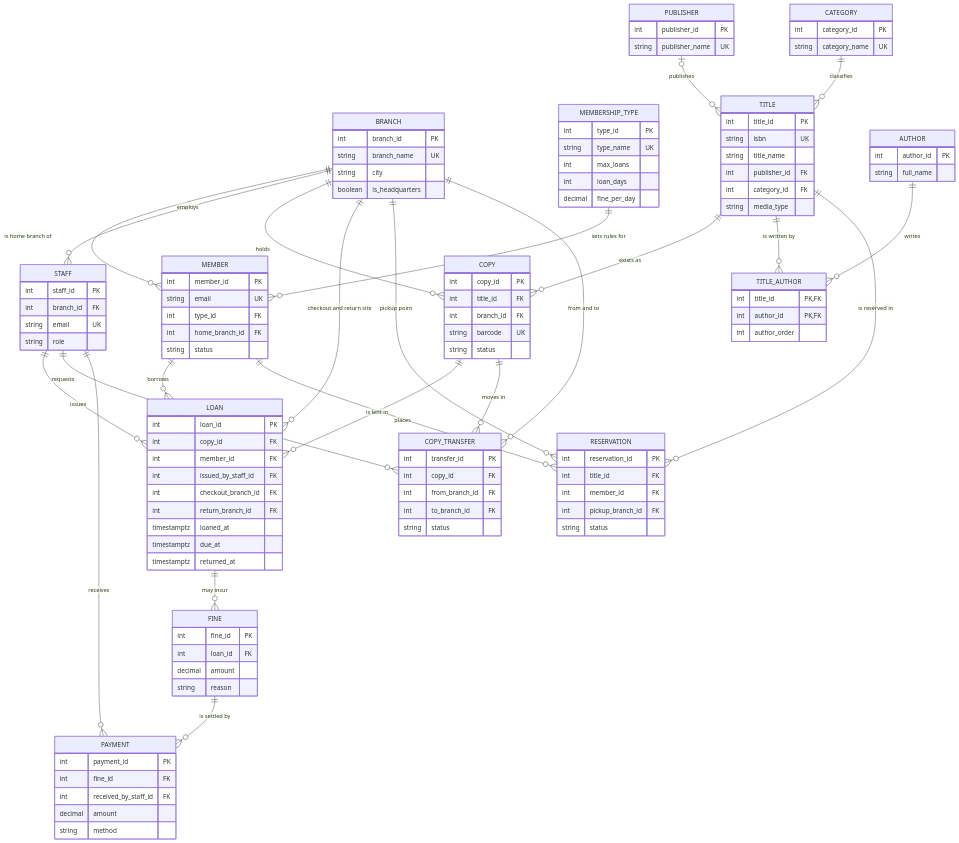
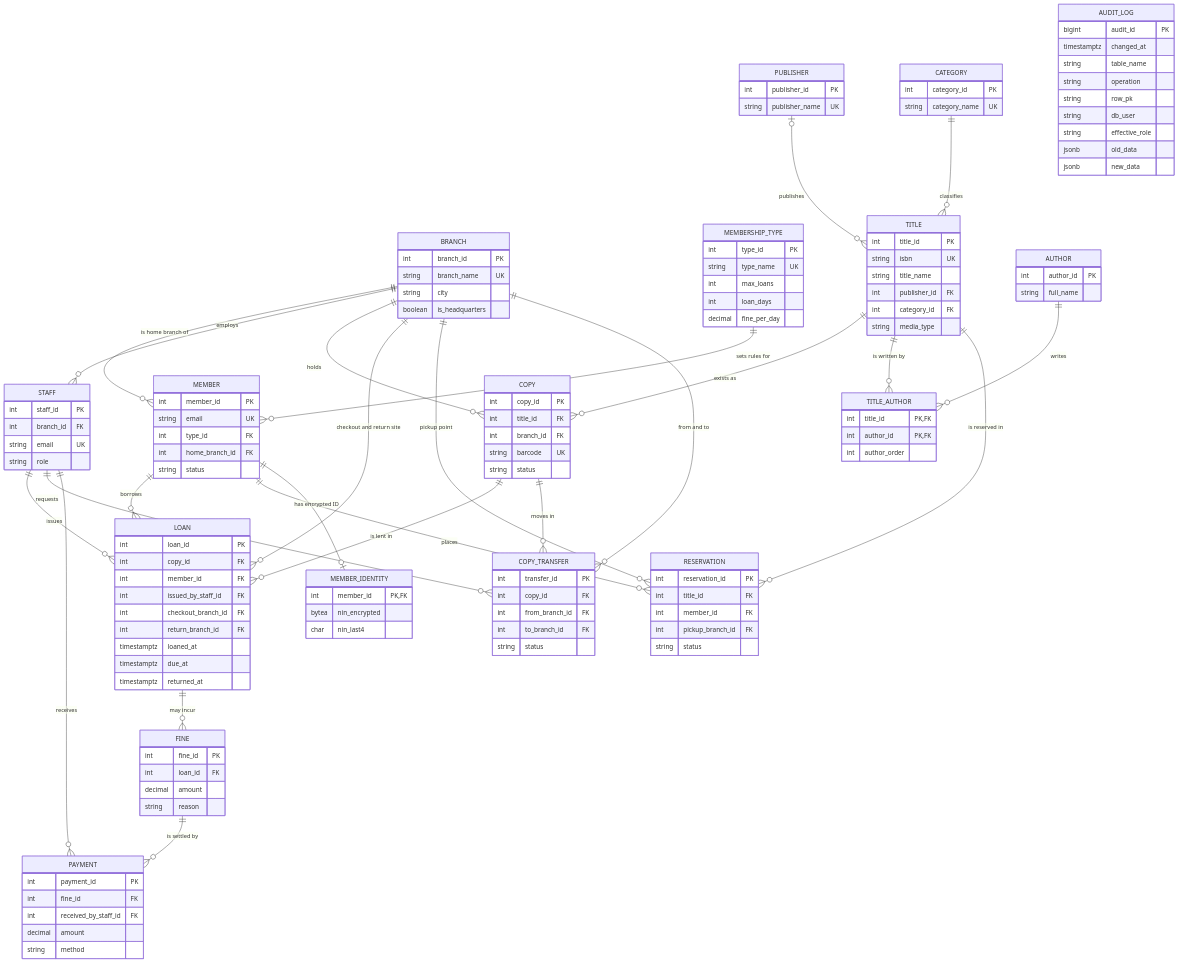
Before and after one commit to Antonellaakosa/advanced-database-portfolio: the diagram in portfolio-1-database-design/er_diagram.mmd, drawn with Mermaid. The commit also changed 4 other files, not shown here.

Commit message:
Update Portfolio 1 README and ER diagram for security extensions (17 tables)

```diff
--- a/portfolio-1-database-design/er_diagram.mmd
+++ b/portfolio-1-database-design/er_diagram.mmd
@@ -1,120 +1,137 @@
 erDiagram
     BRANCH ||--o{ MEMBER : "is home branch of"
     BRANCH ||--o{ STAFF : employs
     BRANCH ||--o{ COPY : holds
     MEMBERSHIP_TYPE ||--o{ MEMBER : "sets rules for"
     MEMBER ||--o{ LOAN : borrows
     COPY ||--o{ LOAN : "is lent in"
     STAFF ||--o{ LOAN : issues
     BRANCH ||--o{ LOAN : "checkout and return site"
     TITLE ||--o{ COPY : "exists as"
     PUBLISHER |o--o{ TITLE : publishes
     CATEGORY ||--o{ TITLE : classifies
     TITLE ||--o{ TITLE_AUTHOR : "is written by"
     AUTHOR ||--o{ TITLE_AUTHOR : writes
     MEMBER ||--o{ RESERVATION : places
     TITLE ||--o{ RESERVATION : "is reserved in"
     BRANCH ||--o{ RESERVATION : "pickup point"
     COPY ||--o{ COPY_TRANSFER : "moves in"
     BRANCH ||--o{ COPY_TRANSFER : "from and to"
     STAFF ||--o{ COPY_TRANSFER : requests
     LOAN ||--o{ FINE : "may incur"
     FINE ||--o{ PAYMENT : "is settled by"
     STAFF ||--o{ PAYMENT : receives
+    MEMBER ||--o| MEMBER_IDENTITY : "has encrypted ID"
 
     BRANCH {
         int branch_id PK
         string branch_name UK
         string city
         boolean is_headquarters
     }
     MEMBERSHIP_TYPE {
         int type_id PK
         string type_name UK
         int max_loans
         int loan_days
         decimal fine_per_day
     }
     MEMBER {
         int member_id PK
         string email UK
         int type_id FK
         int home_branch_id FK
         string status
     }
     STAFF {
         int staff_id PK
         int branch_id FK
         string email UK
         string role
     }
     PUBLISHER {
         int publisher_id PK
         string publisher_name UK
     }
     AUTHOR {
         int author_id PK
         string full_name
     }
     CATEGORY {
         int category_id PK
         string category_name UK
     }
     TITLE {
         int title_id PK
         string isbn UK
         string title_name
         int publisher_id FK
         int category_id FK
         string media_type
     }
     TITLE_AUTHOR {
         int title_id PK, FK
         int author_id PK, FK
         int author_order
     }
     COPY {
         int copy_id PK
         int title_id FK
         int branch_id FK
         string barcode UK
         string status
     }
     LOAN {
         int loan_id PK
         int copy_id FK
         int member_id FK
         int issued_by_staff_id FK
         int checkout_branch_id FK
         int return_branch_id FK
         timestamptz loaned_at
         timestamptz due_at
         timestamptz returned_at
     }
     RESERVATION {
         int reservation_id PK
         int title_id FK
         int member_id FK
         int pickup_branch_id FK
         string status
     }
     COPY_TRANSFER {
         int transfer_id PK
         int copy_id FK
         int from_branch_id FK
         int to_branch_id FK
         string status
     }
     FINE {
         int fine_id PK
         int loan_id FK
         decimal amount
         string reason
     }
     PAYMENT {
         int payment_id PK
         int fine_id FK
         int received_by_staff_id FK
         decimal amount
         string method
     }
+    MEMBER_IDENTITY {
+        int member_id PK, FK
+        bytea nin_encrypted
+        char nin_last4
+    }
+    AUDIT_LOG {
+        bigint audit_id PK
+        timestamptz changed_at
+        string table_name
+        string operation
+        string row_pk
+        string db_user
+        string effective_role
+        jsonb old_data
+        jsonb new_data
+    }
```
